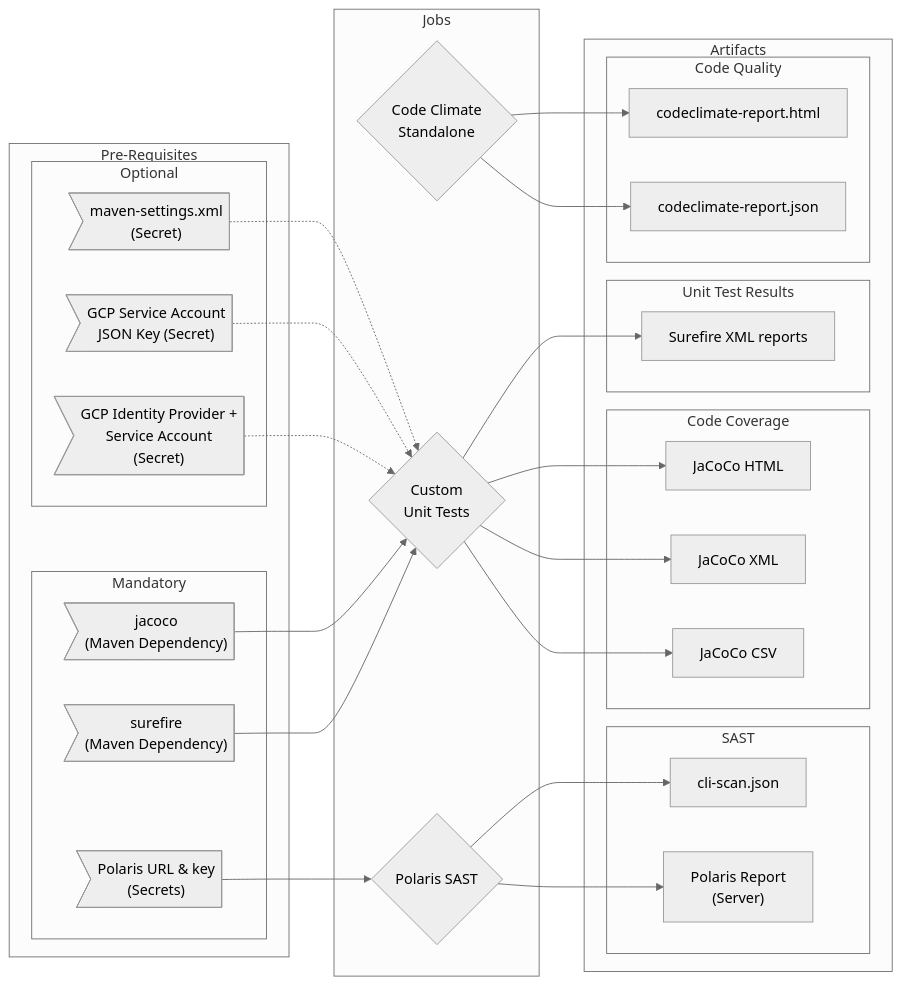
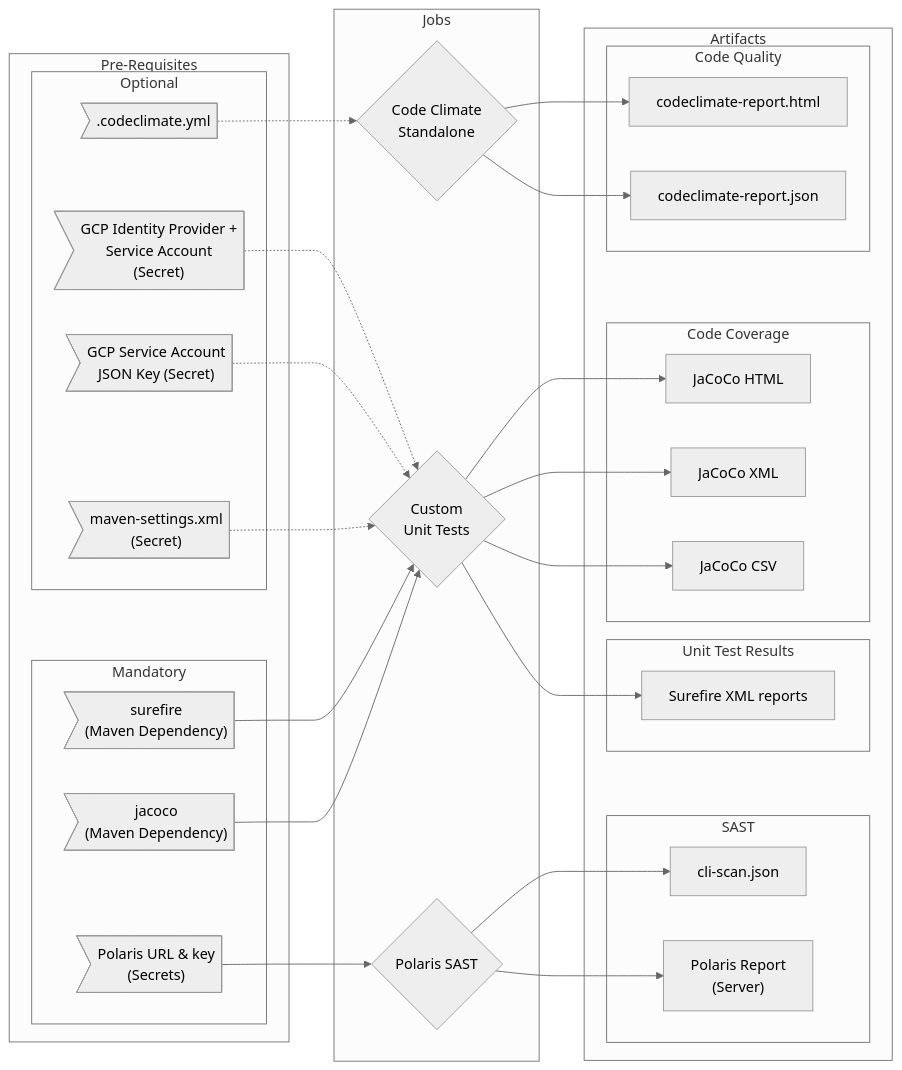
Before and after one commit to erzz/workflows: the diagram in docs/java-tests/README.md, drawn with Mermaid.

Commit message:
docs(java-tests): add missing  codeclimate config

````diff
--- a/docs/java-tests/README.md
+++ b/docs/java-tests/README.md
@@ -28,58 +28,60 @@
 ```mermaid
 %%{init: {'theme': 'neutral'}}%%
 
 flowchart LR
   subgraph Pre-Requisites
     subgraph Mandatory
       jacoco>"jacoco\n(Maven Dependency)"]
       surefire>"surefire\n(Maven Dependency)"]
       polaris>"Polaris URL & key\n(Secrets)"]
     end
     subgraph Optional
       mvn-settings>"maven-settings.xml\n(Secret)"]
       gcp-sa>"GCP Service Account\nJSON Key (Secret)"]
       gcp-oidc>"GCP Identity Provider +\nService Account\n(Secret)"]
+      cc-yml>".codeclimate.yml"]
     end
   end
   subgraph Jobs
-    code-quality{"Code Climate\nStandalone"}
     polaris-sast{"Polaris SAST"}
     unit-tests{"Custom\nUnit Tests"}
+    code-quality{"Code Climate\nStandalone"}
   end
   subgraph Artifacts
-    subgraph Code Quality
-      cc-html["codeclimate-report.html"]
-      cc-json["codeclimate-report.json"]
-    end
     subgraph SAST
       report-polaris-json["cli-scan.json"]
       report-polaris-server["Polaris Report\n(Server)"]
     end
     subgraph Unit Test Results
       surefire-xml["Surefire XML reports"]
     end
     subgraph Code Coverage
       jacoco-html["JaCoCo HTML"]
       jacoco-xml["JaCoCo XML"]
       jacoco-csv["JaCoCo CSV"]
     end
+    subgraph Code Quality
+      cc-html["codeclimate-report.html"]
+      cc-json["codeclimate-report.json"]
+    end
   end
 
   %% dependencies -> Jobs
   jacoco-->unit-tests
   surefire-->unit-tests
   mvn-settings-.->unit-tests
   gcp-sa-.->unit-tests
   gcp-oidc-.->unit-tests
   polaris-->polaris-sast
+  cc-yml-.->code-quality
 
   %% Jobs -> Artifacts
   code-quality-->cc-html
   code-quality-->cc-json
   unit-tests-->surefire-xml
   unit-tests-->jacoco-html
   unit-tests-->jacoco-xml
   unit-tests-->jacoco-csv
   polaris-sast-->report-polaris-json
   polaris-sast-->report-polaris-server
 ```
````
